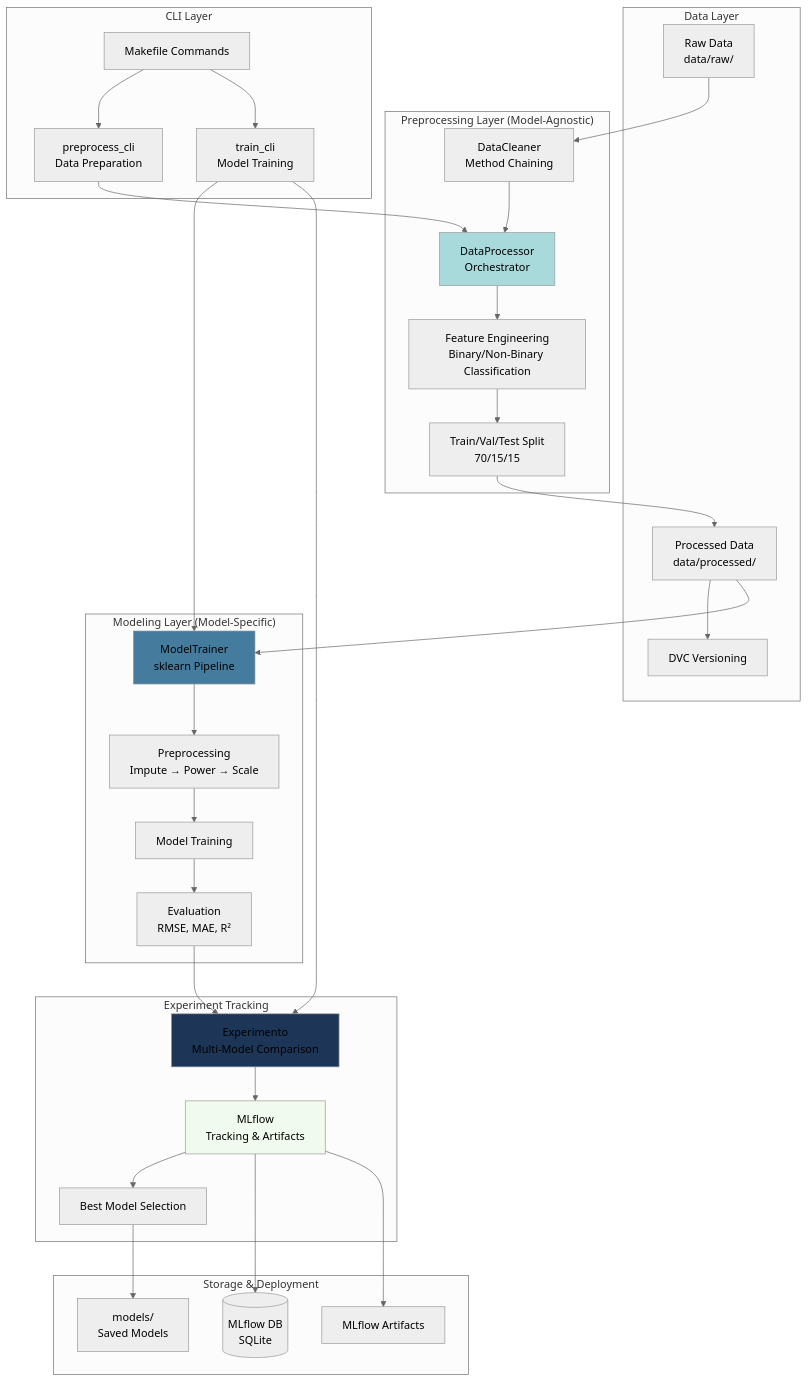
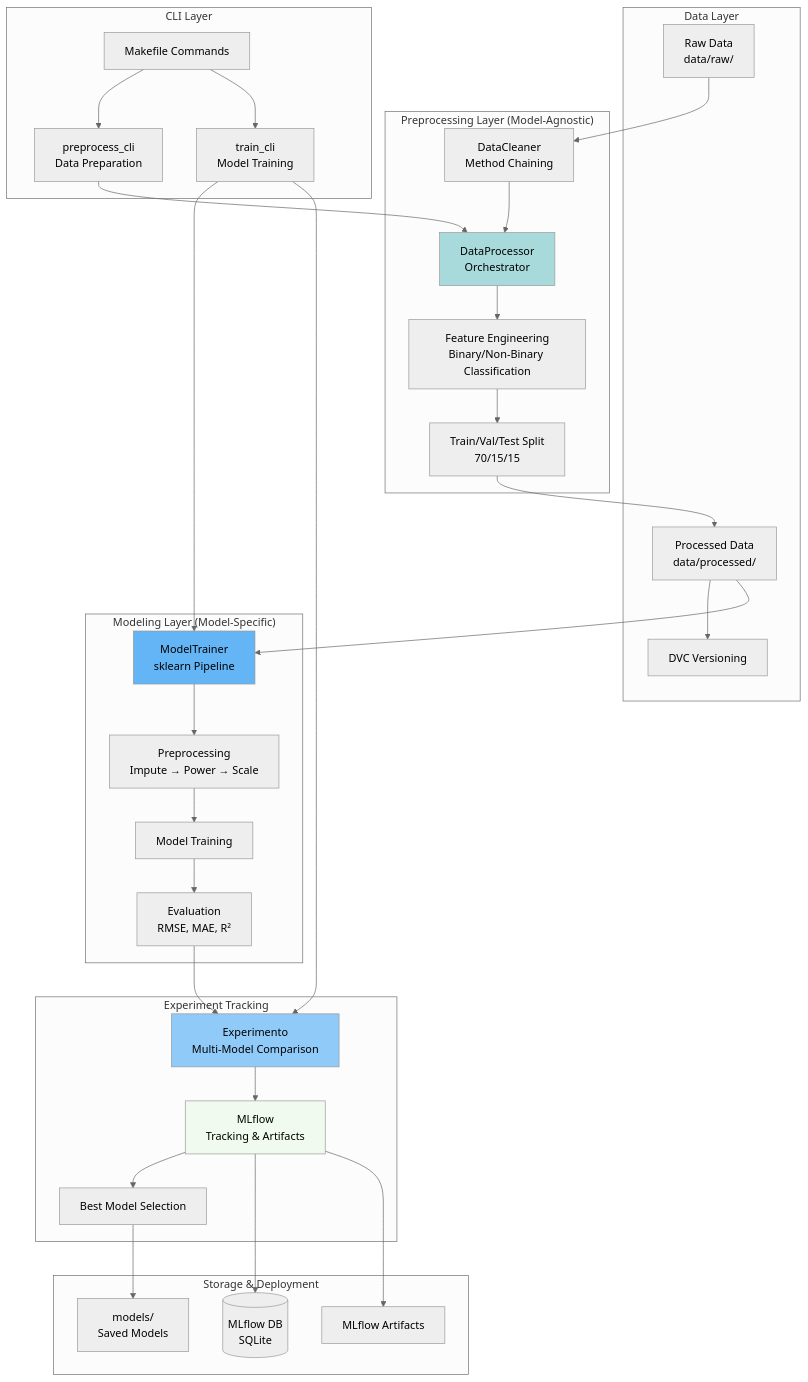
Before and after one commit to ArtemioPadilla/mlops-project: the diagram in docs/architecture/overview.md, drawn with Mermaid (neutral theme). The commit also changed 9 other files, not shown here.

Commit message:
fix: Update repository URLs in documentation and improve Mermaid theme colors for better readability

````diff
--- a/docs/architecture/overview.md
+++ b/docs/architecture/overview.md
@@ -46,71 +46,71 @@
 ```mermaid
 graph TB
     subgraph "Data Layer"
         RawData[Raw Data<br/>data/raw/]
         ProcessedData[Processed Data<br/>data/processed/]
         DVC[DVC Versioning]
     end
 
     subgraph "Preprocessing Layer (Model-Agnostic)"
         DataCleaner[DataCleaner<br/>Method Chaining]
         DataProcessor[DataProcessor<br/>Orchestrator]
         FeatureEng[Feature Engineering<br/>Binary/Non-Binary Classification]
         DataSplit[Train/Val/Test Split<br/>70/15/15]
     end
 
     subgraph "Modeling Layer (Model-Specific)"
         ModelTrainer[ModelTrainer<br/>sklearn Pipeline]
         Preprocessing[Preprocessing<br/>Impute → Power → Scale]
         Training[Model Training]
         Evaluation[Evaluation<br/>RMSE, MAE, R²]
     end
 
     subgraph "Experiment Tracking"
         Experimento[Experimento<br/>Multi-Model Comparison]
         MLflow[MLflow<br/>Tracking & Artifacts]
         BestModel[Best Model Selection]
     end
 
     subgraph "CLI Layer"
         PreprocessCLI[preprocess_cli<br/>Data Preparation]
         TrainCLI[train_cli<br/>Model Training]
         Makefile[Makefile Commands]
     end
 
     subgraph "Storage & Deployment"
         Models[models/<br/>Saved Models]
         MLflowDB[(MLflow DB<br/>SQLite)]
         Artifacts[MLflow Artifacts]
     end
 
     RawData --> DataCleaner
     DataCleaner --> DataProcessor
     DataProcessor --> FeatureEng
     FeatureEng --> DataSplit
     DataSplit --> ProcessedData
     ProcessedData --> DVC
 
     ProcessedData --> ModelTrainer
     ModelTrainer --> Preprocessing
     Preprocessing --> Training
     Training --> Evaluation
 
     Evaluation --> Experimento
     Experimento --> MLflow
     MLflow --> BestModel
     BestModel --> Models
 
     Makefile --> PreprocessCLI
     Makefile --> TrainCLI
     PreprocessCLI --> DataProcessor
     TrainCLI --> ModelTrainer
     TrainCLI --> Experimento
 
     MLflow --> MLflowDB
     MLflow --> Artifacts
 
     style DataProcessor fill:#a8dadc
-    style ModelTrainer fill:#457b9d
-    style Experimento fill:#1d3557
+    style ModelTrainer fill:#64b5f6
+    style Experimento fill:#90caf9
     style MLflow fill:#f1faee
 ```
````
